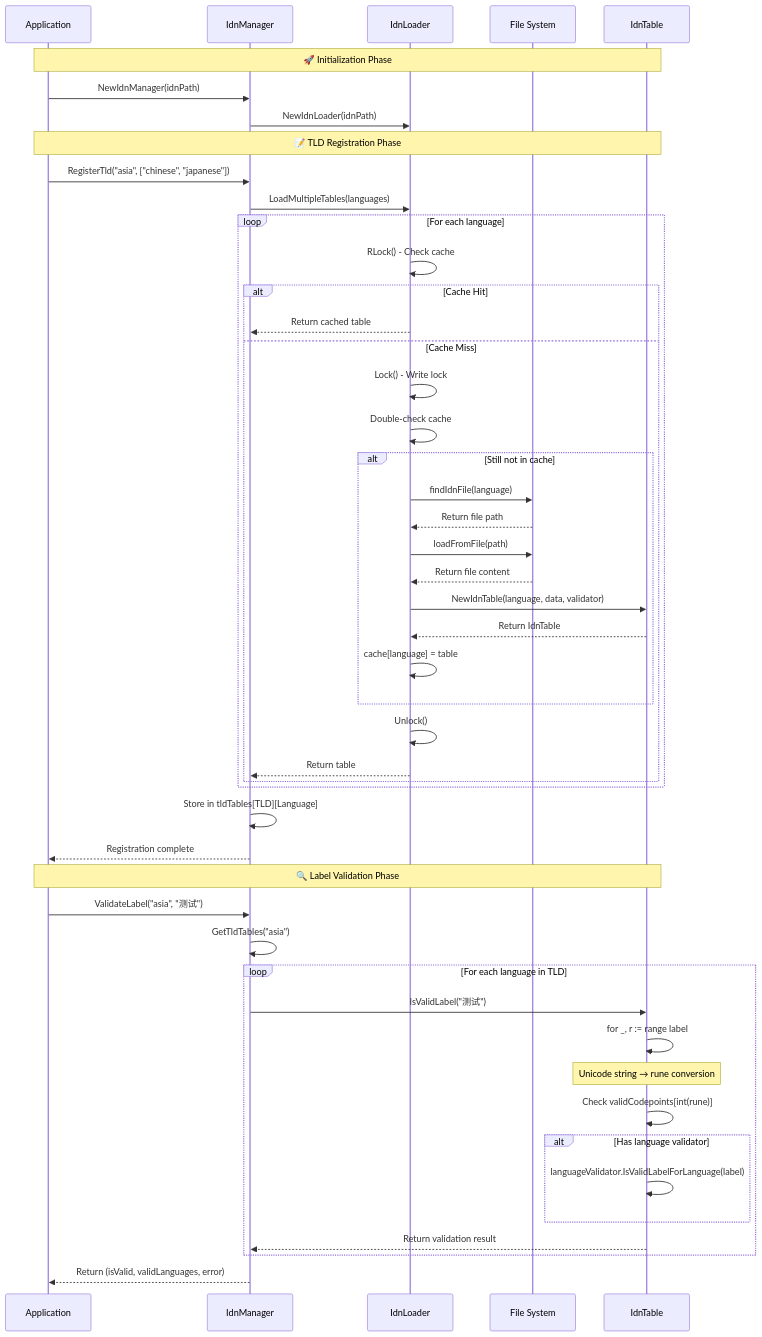
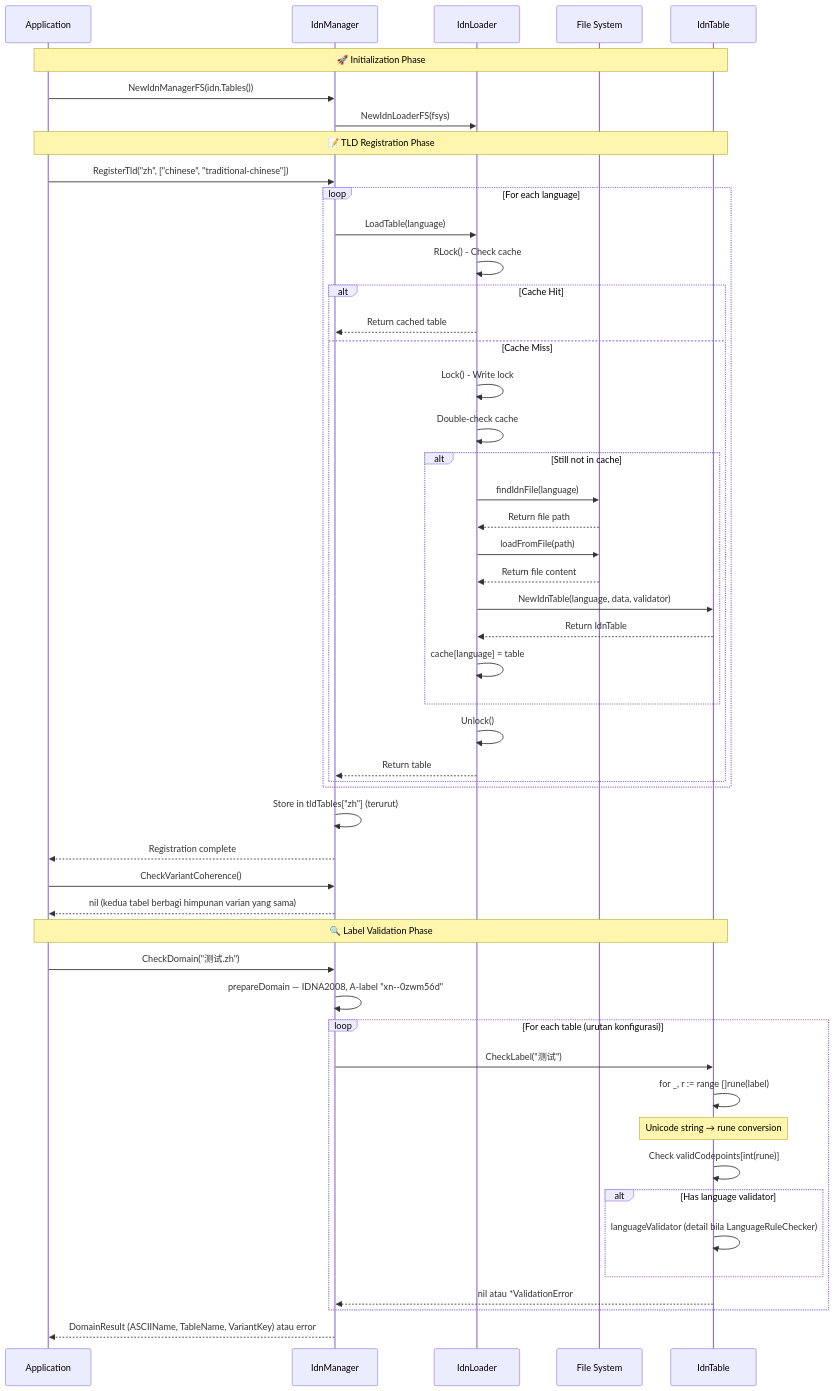
Before and after one commit to teknispandi/idn: the fourth of 4 diagrams in doc/Notes.md, drawn with Mermaid. The commit also changed other lines of this file and 17 other files, not shown here.

````diff
--- a/doc/Notes.md
+++ b/doc/Notes.md
@@ -264,57 +338,59 @@
 ```mermaid
 sequenceDiagram
     participant App as Application
     participant Mgr as IdnManager
     participant Ldr as IdnLoader
     participant FS as File System
     participant Tbl as IdnTable
 
     Note over App,Tbl: 🚀 Initialization Phase
-    App->>Mgr: NewIdnManager(idnPath)
-    Mgr->>Ldr: NewIdnLoader(idnPath)
+    App->>Mgr: NewIdnManagerFS(idn.Tables())
+    Mgr->>Ldr: NewIdnLoaderFS(fsys)
     
     Note over App,Tbl: 📝 TLD Registration Phase
-    App->>Mgr: RegisterTld("asia", ["chinese", "japanese"])
-    Mgr->>Ldr: LoadMultipleTables(languages)
+    App->>Mgr: RegisterTld("zh", ["chinese", "traditional-chinese"])
     
     loop For each language
+        Mgr->>Ldr: LoadTable(language)
         Ldr->>Ldr: RLock() - Check cache
         alt Cache Hit
             Ldr-->>Mgr: Return cached table
         else Cache Miss
             Ldr->>Ldr: Lock() - Write lock
             Ldr->>Ldr: Double-check cache
             alt Still not in cache
                 Ldr->>FS: findIdnFile(language)
                 FS-->>Ldr: Return file path
                 Ldr->>FS: loadFromFile(path)
                 FS-->>Ldr: Return file content
                 Ldr->>Tbl: NewIdnTable(language, data, validator)
                 Tbl-->>Ldr: Return IdnTable
                 Ldr->>Ldr: cache[language] = table
             end
             Ldr->>Ldr: Unlock()
             Ldr-->>Mgr: Return table
         end
     end
     
-    Mgr->>Mgr: Store in tldTables[TLD][Language]
+    Mgr->>Mgr: Store in tldTables["zh"] (terurut)
     Mgr-->>App: Registration complete
+    App->>Mgr: CheckVariantCoherence()
+    Mgr-->>App: nil (kedua tabel berbagi himpunan varian yang sama)
 
     Note over App,Tbl: 🔍 Label Validation Phase  
-    App->>Mgr: ValidateLabel("asia", "测试")
-    Mgr->>Mgr: GetTldTables("asia")
+    App->>Mgr: CheckDomain("测试.zh")
+    Mgr->>Mgr: prepareDomain — IDNA2008, A-label "xn--0zwm56d"
     
-    loop For each language in TLD
-        Mgr->>Tbl: IsValidLabel("测试")
-        Tbl->>Tbl: for _, r := range label
+    loop For each table (urutan konfigurasi)
+        Mgr->>Tbl: CheckLabel("测试")
+        Tbl->>Tbl: for _, r := range []rune(label)
         Note over Tbl: Unicode string → rune conversion
         Tbl->>Tbl: Check validCodepoints[int(rune)]
         alt Has language validator
-            Tbl->>Tbl: languageValidator.IsValidLabelForLanguage(label)
+            Tbl->>Tbl: languageValidator (detail bila LanguageRuleChecker)
         end
-        Tbl-->>Mgr: Return validation result
+        Tbl-->>Mgr: nil atau *ValidationError
     end
     
-    Mgr-->>App: Return (isValid, validLanguages, error)
+    Mgr-->>App: DomainResult (ASCIIName, TableName, VariantKey) atau error
 ```
````
